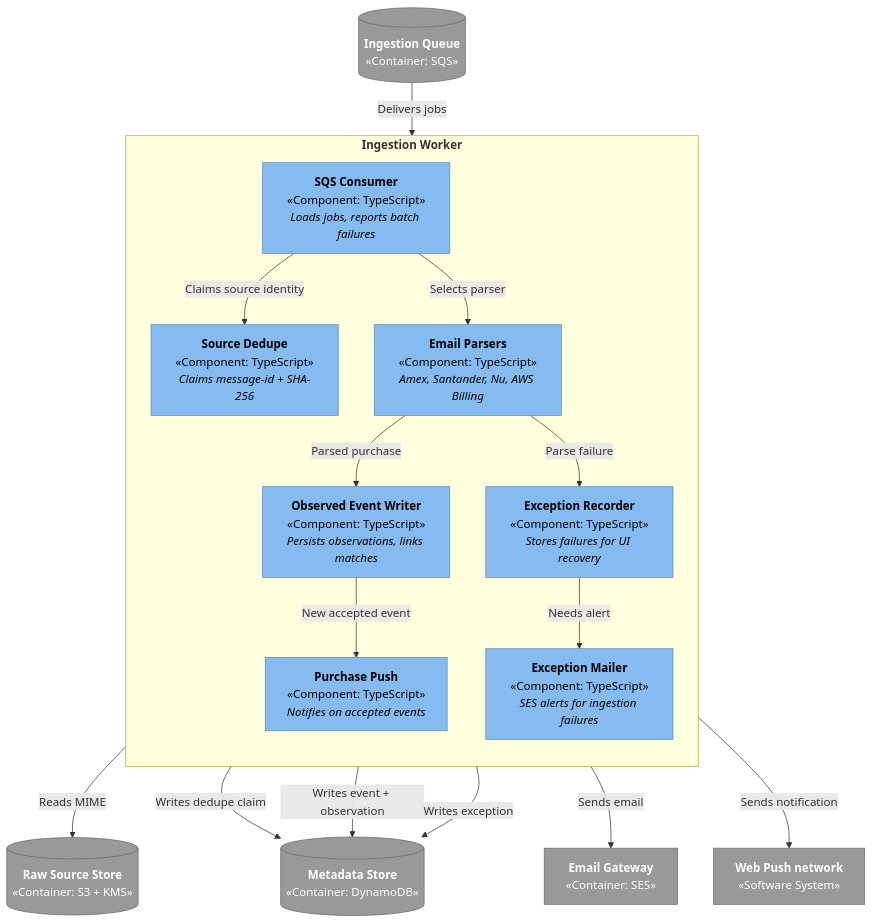
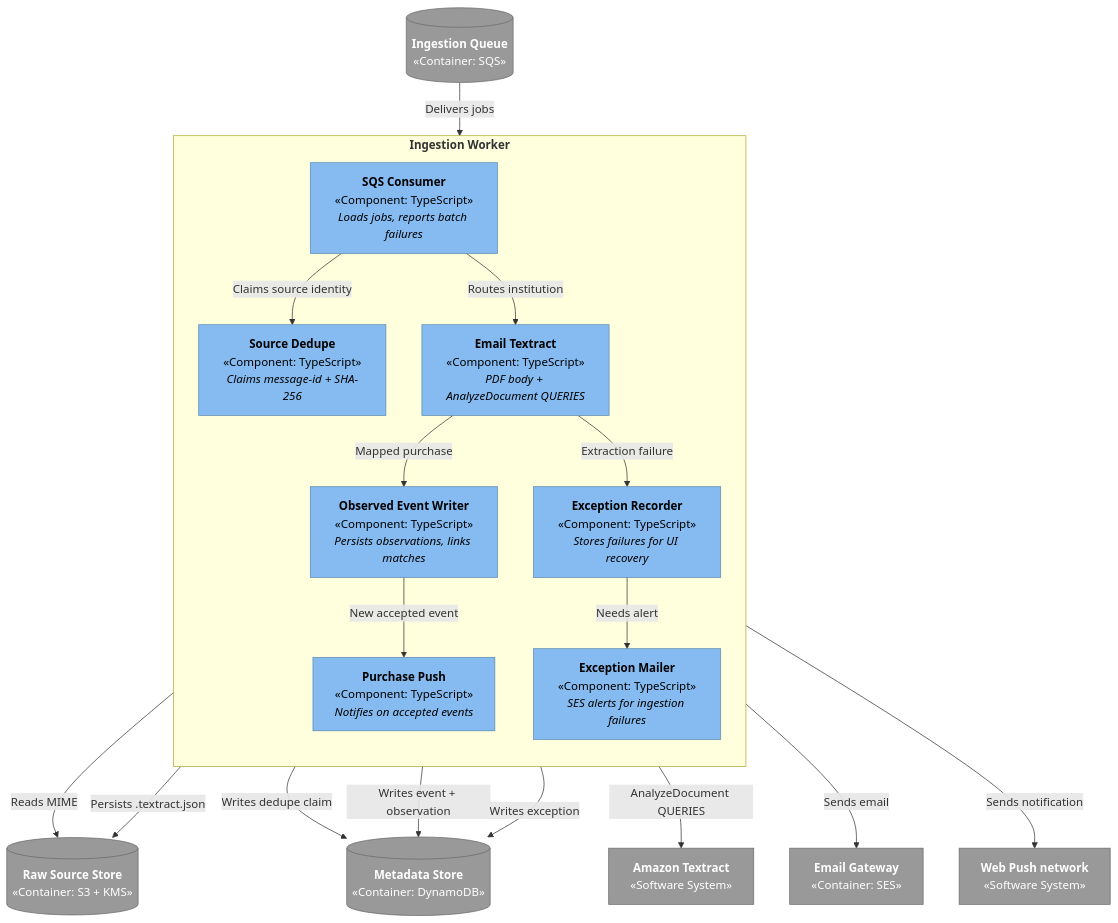
Before and after one commit to DavidCs9/personal-finance-system: the second of 4 diagrams in docs/architecture.md, drawn with Mermaid. The commit also changed 17 other files, not shown here.

First line of the commit message:
feat: migrate email ingestion to Textract AnalyzeDocument only

````diff
--- a/docs/architecture.md
+++ b/docs/architecture.md
@@ -132,58 +132,63 @@
 ```mermaid
 flowchart TB
   classDef component fill:#85BBF0,stroke:#5D8AB3,color:#000,stroke-width:1px
   classDef external fill:#999999,stroke:#6B6B6B,color:#fff,stroke-width:1px
 
   queue[("`**Ingestion Queue**
 «Container: SQS»`")]
   raw[("`**Raw Source Store**
 «Container: S3 + KMS»`")]
   ddb[("`**Metadata Store**
 «Container: DynamoDB»`")]
   ses["`**Email Gateway**
 «Container: SES»`"]
   webpush["`**Web Push network**
 «Software System»`"]
 
   subgraph ingest["`**Ingestion Worker**`"]
     direction TB
     consumer["`**SQS Consumer**
 «Component: TypeScript»
 _Loads jobs, reports batch failures_`"]
     dedupe["`**Source Dedupe**
 «Component: TypeScript»
 _Claims message-id + SHA-256_`"]
-    parsers["`**Email Parsers**
+    textractEmail["`**Email Textract**
 «Component: TypeScript»
-_Amex, Santander, Nu, AWS Billing_`"]
+_PDF body + AnalyzeDocument QUERIES_`"]
     reconcile["`**Observed Event Writer**
 «Component: TypeScript»
 _Persists observations, links matches_`"]
     exceptions["`**Exception Recorder**
 «Component: TypeScript»
 _Stores failures for UI recovery_`"]
     mail["`**Exception Mailer**
 «Component: TypeScript»
 _SES alerts for ingestion failures_`"]
     push["`**Purchase Push**
 «Component: TypeScript»
 _Notifies on accepted events_`"]
   end
 
+  textractApi["`**Amazon Textract**
+«Software System»`"]
+
   queue -->|"Delivers jobs"| consumer
   consumer -->|"Reads MIME"| raw
   consumer -->|"Claims source identity"| dedupe
   dedupe -->|"Writes dedupe claim"| ddb
-  consumer -->|"Selects parser"| parsers
-  parsers -->|"Parsed purchase"| reconcile
-  parsers -->|"Parse failure"| exceptions
+  consumer -->|"Routes institution"| textractEmail
+  textractEmail -->|"AnalyzeDocument QUERIES"| textractApi
+  textractEmail -->|"Persists .textract.json"| raw
+  textractEmail -->|"Mapped purchase"| reconcile
+  textractEmail -->|"Extraction failure"| exceptions
   reconcile -->|"Writes event + observation"| ddb
   reconcile -->|"New accepted event"| push
   exceptions -->|"Writes exception"| ddb
   exceptions -->|"Needs alert"| mail
   mail -->|"Sends email"| ses
   push -->|"Sends notification"| webpush
 
-  class consumer,dedupe,parsers,reconcile,exceptions,mail,push component
-  class queue,raw,ddb,ses,webpush external
+  class consumer,dedupe,textractEmail,reconcile,exceptions,mail,push component
+  class queue,raw,ddb,ses,webpush,textractApi external
 ```
````
